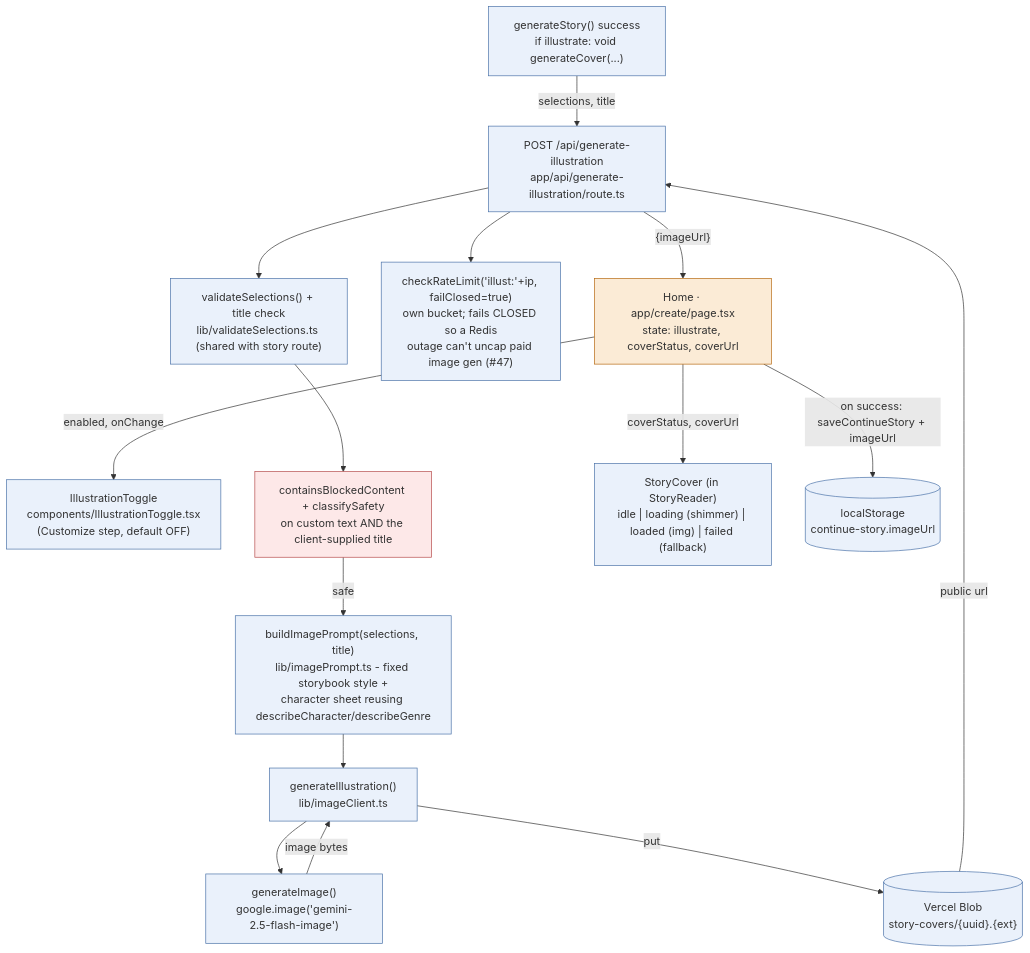
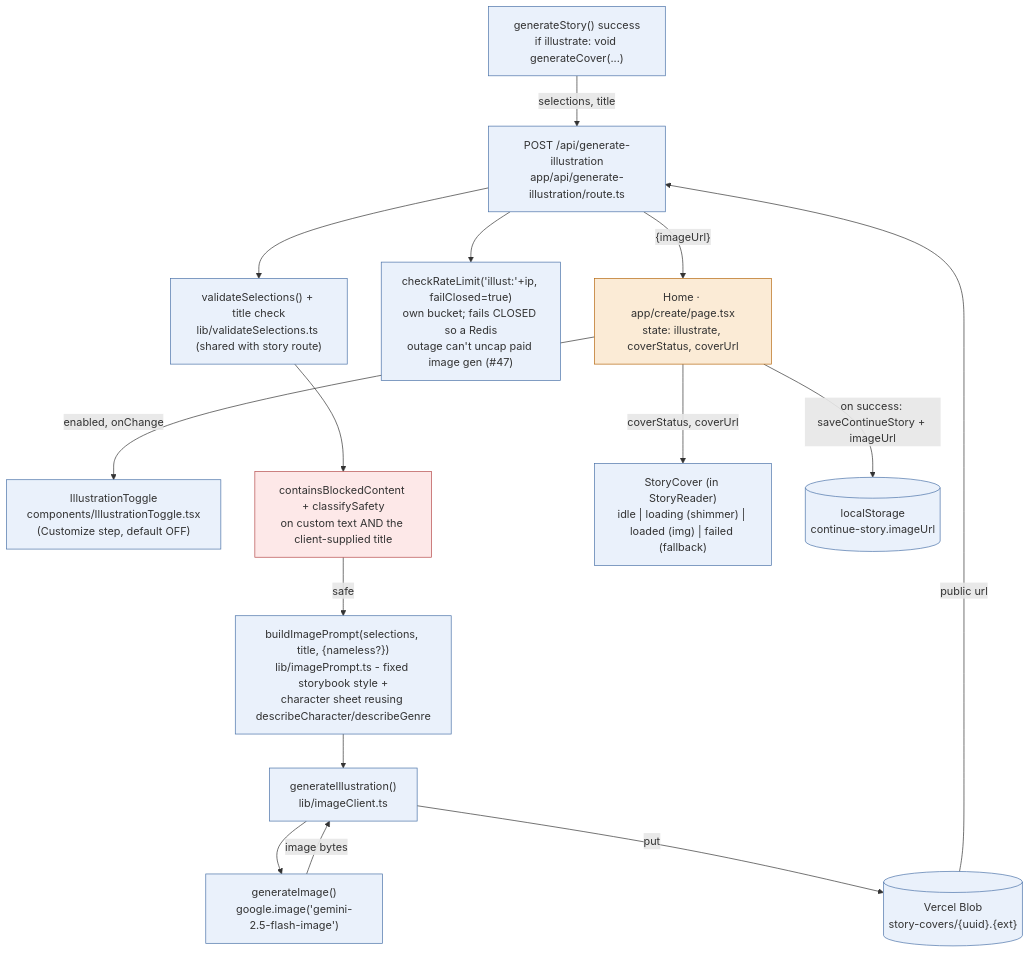
One commit to aio-studios/children-story-app changed the fifth of 11 diagrams in docs/architecture.md. Above: the diagram before and after it, drawn with Mermaid. The commit also changed other lines of this file, not shown here.

Commit message:
docs: architecture note for the cover refusal path (#103)

````diff
--- a/docs/architecture.md
+++ b/docs/architecture.md
@@ -283,38 +283,38 @@
 ```mermaid
 graph TD
   Page["Home · app/create/page.tsx<br/>state: illustrate, coverStatus, coverUrl"]
   Toggle["IllustrationToggle<br/>components/IllustrationToggle.tsx<br/>(Customize step, default OFF)"]
   Gen["generateStory() success<br/>if illustrate: void generateCover(...)"]
   Route["POST /api/generate-illustration<br/>app/api/generate-illustration/route.ts"]
   RateLimit["checkRateLimit('illust:'+ip, failClosed=true)<br/>own bucket; fails CLOSED so a Redis<br/>outage can't uncap paid image gen (#47)"]
   Validate["validateSelections() + title check<br/>lib/validateSelections.ts (shared with story route)"]
   Safety["containsBlockedContent + classifySafety<br/>on custom text AND the client-supplied title"]
-  Prompt["buildImagePrompt(selections, title)<br/>lib/imagePrompt.ts - fixed storybook style +<br/>character sheet reusing describeCharacter/describeGenre"]
+  Prompt["buildImagePrompt(selections, title, {nameless?})<br/>lib/imagePrompt.ts - fixed storybook style +<br/>character sheet reusing describeCharacter/describeGenre"]
   ImgClient["generateIllustration()<br/>lib/imageClient.ts"]
   Gemini["generateImage()<br/>google.image('gemini-2.5-flash-image')"]
   Blob[("Vercel Blob<br/>story-covers/{uuid}.{ext}")]
   Cover["StoryCover (in StoryReader)<br/>idle | loading (shimmer) | loaded (img) | failed (fallback)"]
   LS[("localStorage<br/>continue-story.imageUrl")]
 
   Page -->|enabled, onChange| Toggle
   Gen -->|selections, title| Route
   Route --> RateLimit
   Route --> Validate
   Validate --> Safety
   Safety -->|safe| Prompt
   Prompt --> ImgClient
   ImgClient --> Gemini
   Gemini -->|image bytes| ImgClient
   ImgClient -->|put| Blob
   Blob -->|public url| Route
   Route -->|"{imageUrl}"| Page
   Page -->|coverStatus, coverUrl| Cover
   Page -->|on success: saveContinueStory + imageUrl| LS
 
   classDef stateful fill:#FBEBD6,stroke:#B5670E;
   classDef plain fill:#EAF1FB,stroke:#4A72A8;
   classDef safety fill:#FDE8E8,stroke:#B54A4A;
   class Page stateful;
   class Toggle,Gen,Route,RateLimit,Validate,Prompt,ImgClient,Gemini,Blob,Cover,LS plain;
   class Safety safety;
 ```
````
